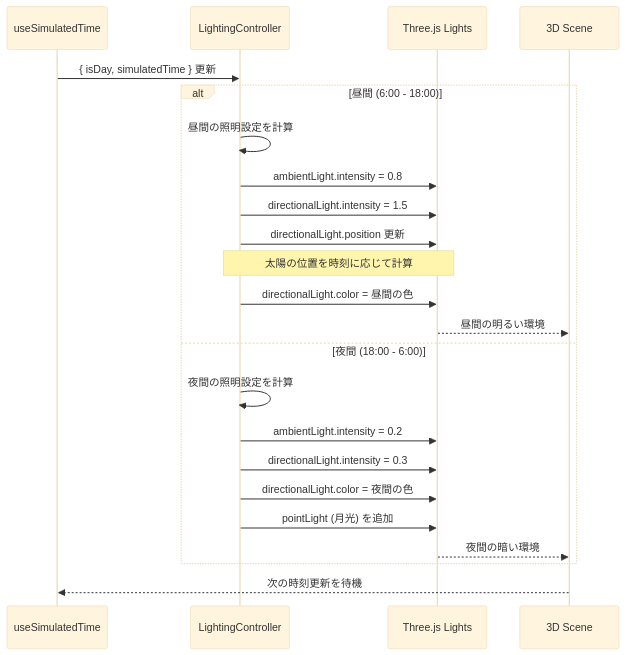
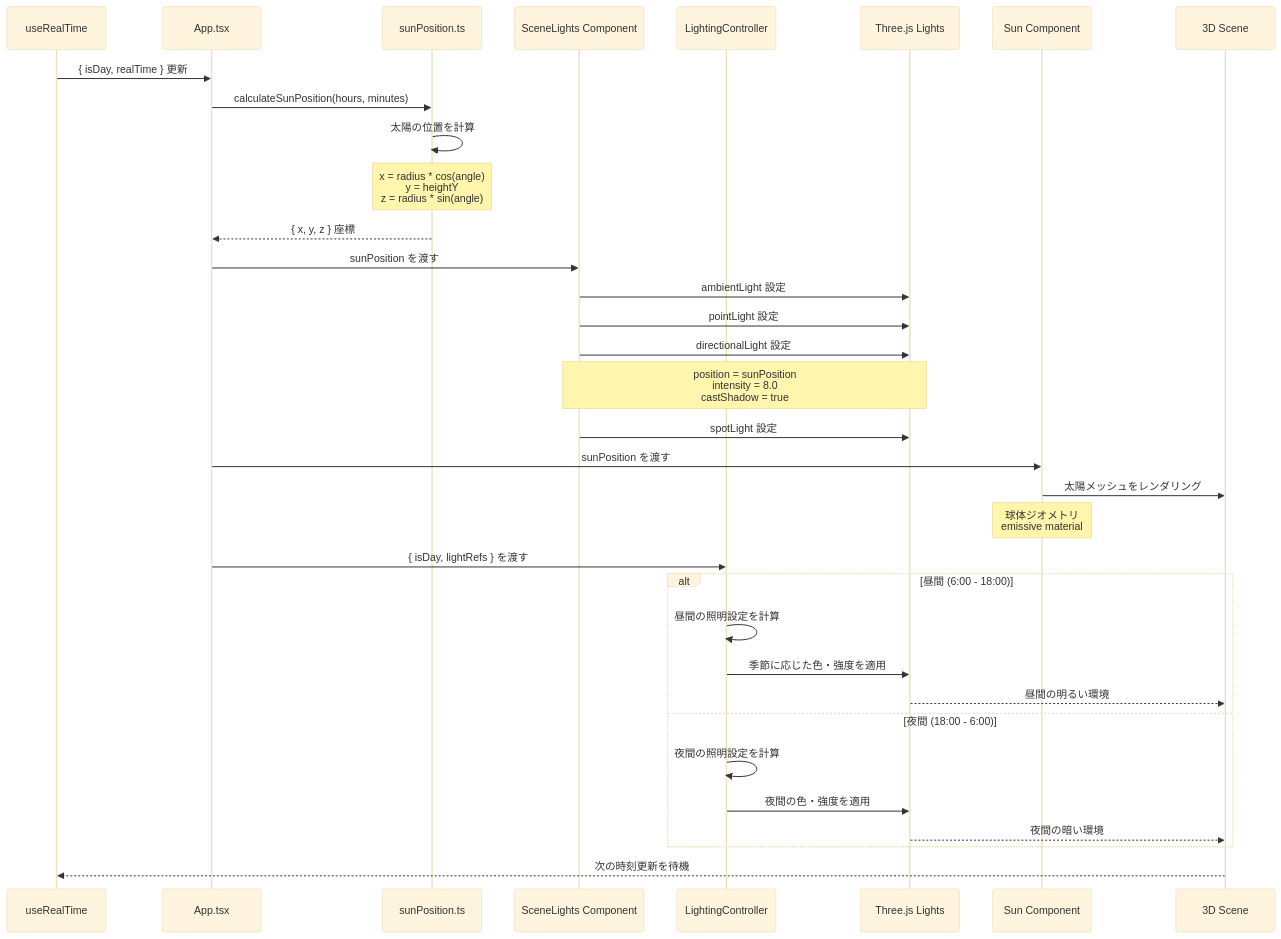
One commit to andsaki/biotope changed the third of 9 diagrams in docs/sequence-diagrams.md. Above: the diagram before and after it, drawn with Mermaid (base theme). The commit also changed other lines of this file and 7 other files, not shown here.

````diff
--- a/docs/sequence-diagrams.md
+++ b/docs/sequence-diagrams.md
@@ -70,28 +70,42 @@
 ```mermaid
 sequenceDiagram
-    participant Time as useSimulatedTime
+    participant Time as useRealTime
+    participant App as App.tsx
+    participant SunUtil as sunPosition.ts
+    participant SceneLights as SceneLights Component
     participant Controller as LightingController
     participant Lights as Three.js Lights
+    participant Sun as Sun Component
     participant Scene as 3D Scene
 
-    Time->>Controller: { isDay, simulatedTime } 更新
+    Time->>App: { isDay, realTime } 更新
+    App->>SunUtil: calculateSunPosition(hours, minutes)
+    SunUtil->>SunUtil: 太陽の位置を計算
+    Note over SunUtil: x = radius * cos(angle)<br/>y = heightY<br/>z = radius * sin(angle)
+    SunUtil-->>App: { x, y, z } 座標
+
+    App->>SceneLights: sunPosition を渡す
+    SceneLights->>Lights: ambientLight 設定
+    SceneLights->>Lights: pointLight 設定
+    SceneLights->>Lights: directionalLight 設定
+    Note over SceneLights,Lights: position = sunPosition<br/>intensity = 8.0<br/>castShadow = true
+    SceneLights->>Lights: spotLight 設定
+
+    App->>Sun: sunPosition を渡す
+    Sun->>Scene: 太陽メッシュをレンダリング
+    Note over Sun: 球体ジオメトリ<br/>emissive material
+
+    App->>Controller: { isDay, lightRefs } を渡す
 
     alt 昼間 (6:00 - 18:00)
         Controller->>Controller: 昼間の照明設定を計算
-        Controller->>Lights: ambientLight.intensity = 0.8
-        Controller->>Lights: directionalLight.intensity = 1.5
-        Controller->>Lights: directionalLight.position 更新
-        Note over Controller,Lights: 太陽の位置を時刻に応じて計算
-        Controller->>Lights: directionalLight.color = 昼間の色
+        Controller->>Lights: 季節に応じた色・強度を適用
         Lights-->>Scene: 昼間の明るい環境
     else 夜間 (18:00 - 6:00)
         Controller->>Controller: 夜間の照明設定を計算
-        Controller->>Lights: ambientLight.intensity = 0.2
-        Controller->>Lights: directionalLight.intensity = 0.3
-        Controller->>Lights: directionalLight.color = 夜間の色
-        Controller->>Lights: pointLight (月光) を追加
+        Controller->>Lights: 夜間の色・強度を適用
         Lights-->>Scene: 夜間の暗い環境
     end
 
     Scene-->>Time: 次の時刻更新を待機
 ```
````
